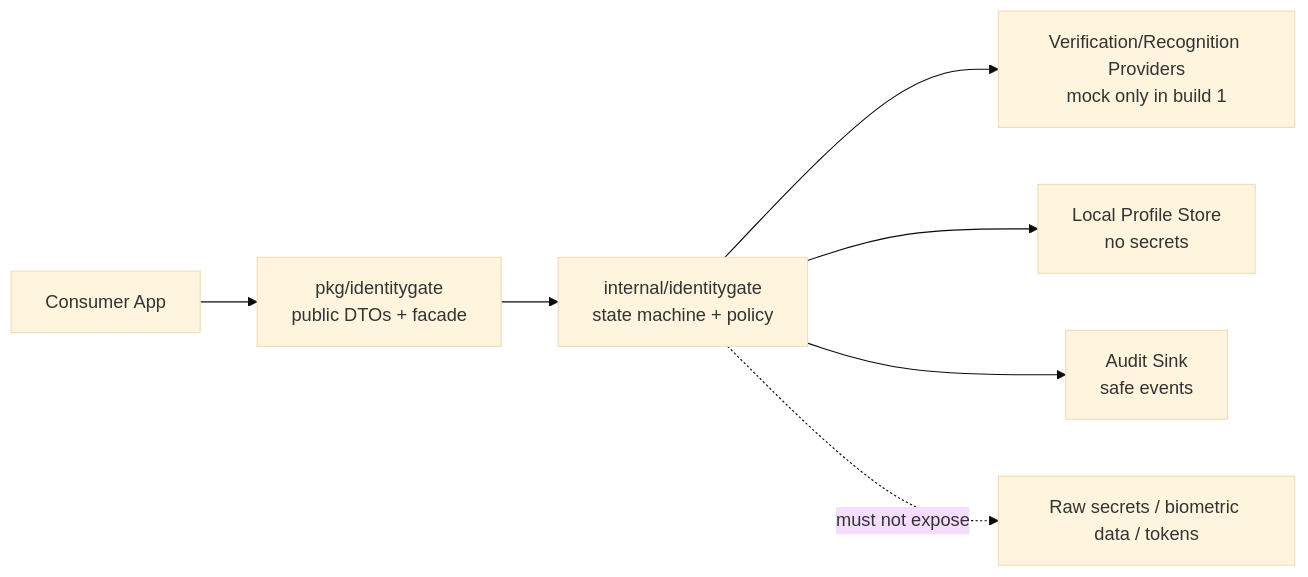
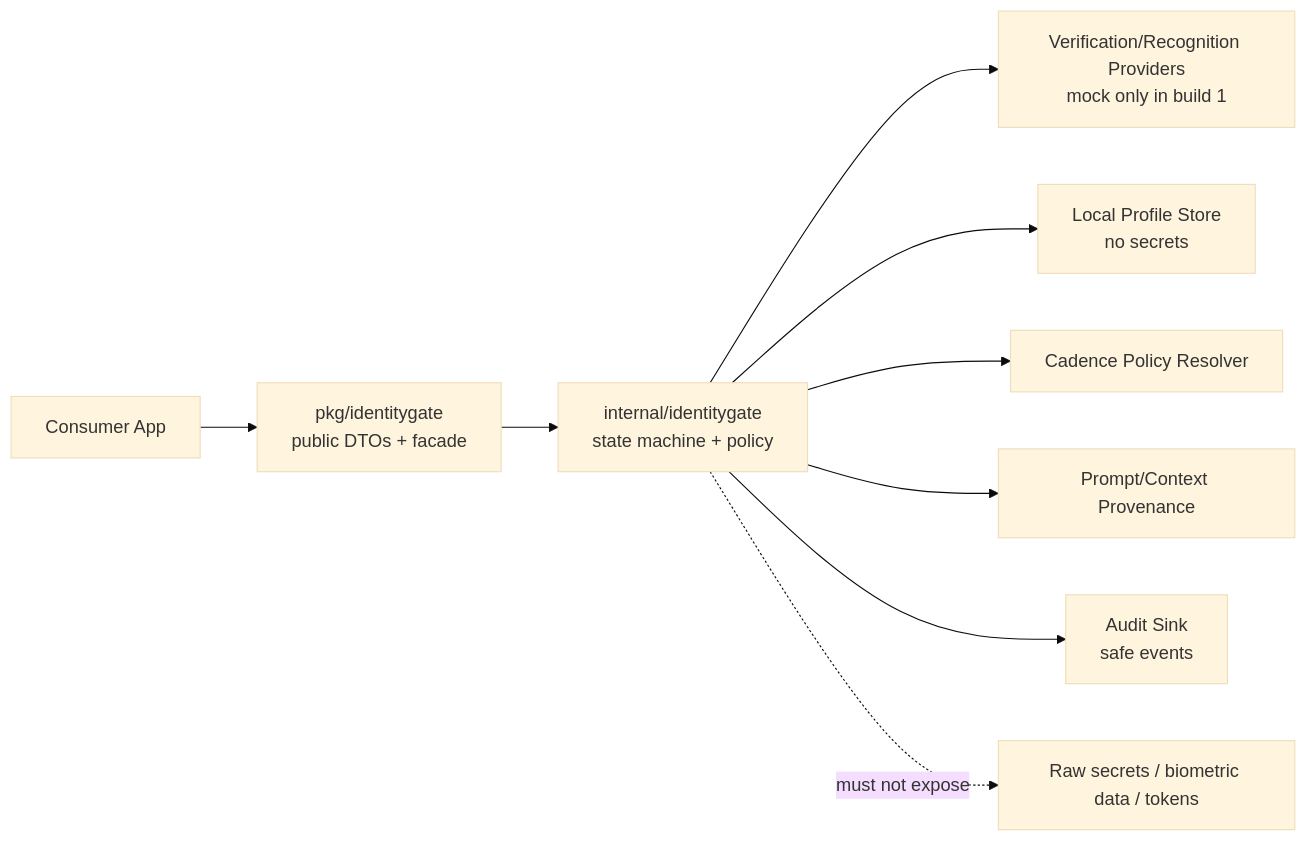
Before and after one commit to AegisAgentAscalon/Aegis-Core: the first of 5 diagrams in docs/plans/IDENTITY_GATE_BUILD_PLAN.md, drawn with Mermaid (base theme). The commit also changed other lines of this file, not shown here.

Commit message:
docs: integrate operator cadence and prompt provenance into Identity Gate plan

````diff
--- a/docs/plans/IDENTITY_GATE_BUILD_PLAN.md
+++ b/docs/plans/IDENTITY_GATE_BUILD_PLAN.md
@@ -295,17 +560,21 @@
 ```mermaid
 flowchart LR
     App[Consumer App]
     Public[pkg/identitygate<br/>public DTOs + facade]
     Internal[internal/identitygate<br/>state machine + policy]
     Providers[Verification/Recognition Providers<br/>mock only in build 1]
     Store[Local Profile Store<br/>no secrets]
+    Cadence[Cadence Policy Resolver]
+    Provenance[Prompt/Context Provenance]
     Audit[Audit Sink<br/>safe events]
 
     App --> Public
     Public --> Internal
     Internal --> Providers
     Internal --> Store
+    Internal --> Cadence
+    Internal --> Provenance
     Internal --> Audit
 
     Internal -. must not expose .-> Secrets[Raw secrets / biometric data / tokens]
 ```
````
